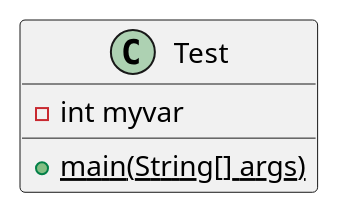
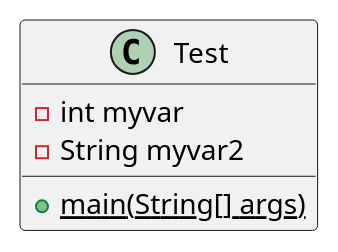
Before and after one commit to andrewdimmer/csi-3370-software-project-config-test: the diagram in docs/uml/test.puml, drawn with PlantUML.

```diff
--- a/docs/uml/test.puml
+++ b/docs/uml/test.puml
@@ -1,8 +1,9 @@
 @startuml test
 
 class Test {
     - int myvar
+    - String myvar2
     {static} + main(String[] args)
 }
 
 @enduml
```
